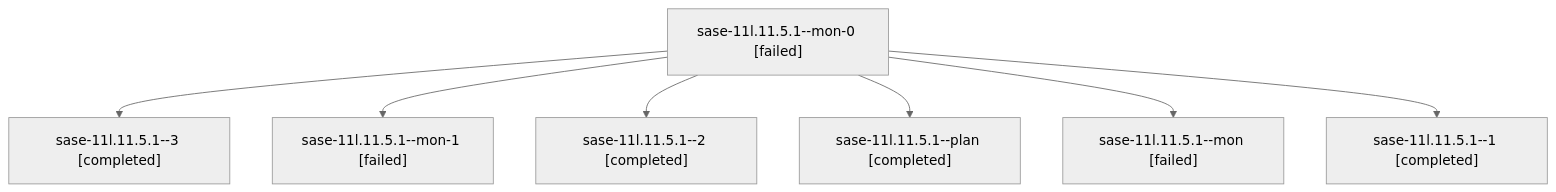
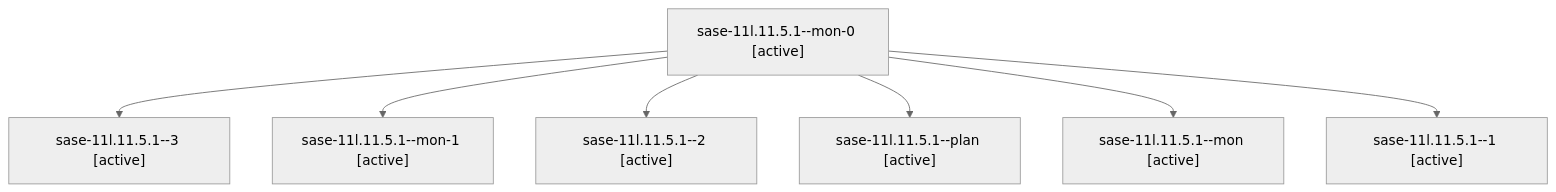
The diagram in families/bbugyi200.athena.sase-11l.11.5.1.md (sase-org/sase--agents), drawn with Mermaid (neutral theme) before and after one commit. The commit also changed other lines of this file and 192 other files, not shown here.

````diff
--- a/families/bbugyi200.athena.sase-11l.11.5.1.md
+++ b/families/bbugyi200.athena.sase-11l.11.5.1.md
@@ -9,16 +9,16 @@
 ```mermaid
 flowchart TD
-  n0["sase-11l.11.5.1--mon-0 [failed]"]
-  n1["sase-11l.11.5.1--3 [completed]"]
+  n0["sase-11l.11.5.1--mon-0 [active]"]
+  n1["sase-11l.11.5.1--3 [active]"]
   n0 --> n1
-  n2["sase-11l.11.5.1--mon-1 [failed]"]
+  n2["sase-11l.11.5.1--mon-1 [active]"]
   n0 --> n2
-  n3["sase-11l.11.5.1--2 [completed]"]
+  n3["sase-11l.11.5.1--2 [active]"]
   n0 --> n3
-  n4["sase-11l.11.5.1--plan [completed]"]
+  n4["sase-11l.11.5.1--plan [active]"]
   n0 --> n4
-  n5["sase-11l.11.5.1--mon [failed]"]
+  n5["sase-11l.11.5.1--mon [active]"]
   n0 --> n5
-  n6["sase-11l.11.5.1--1 [completed]"]
+  n6["sase-11l.11.5.1--1 [active]"]
   n0 --> n6
 ```
````
